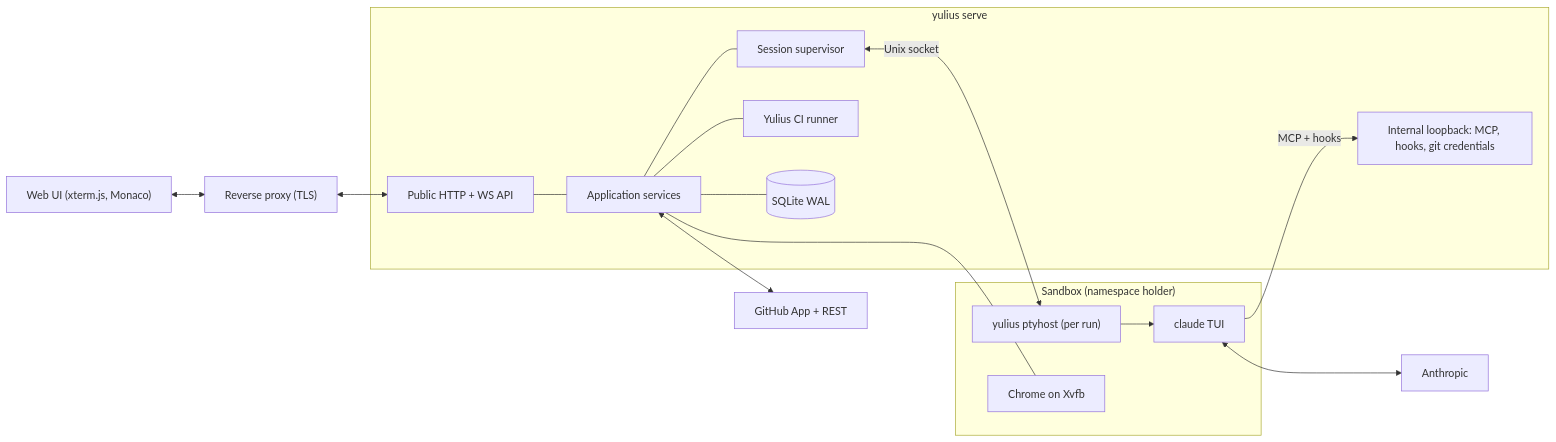
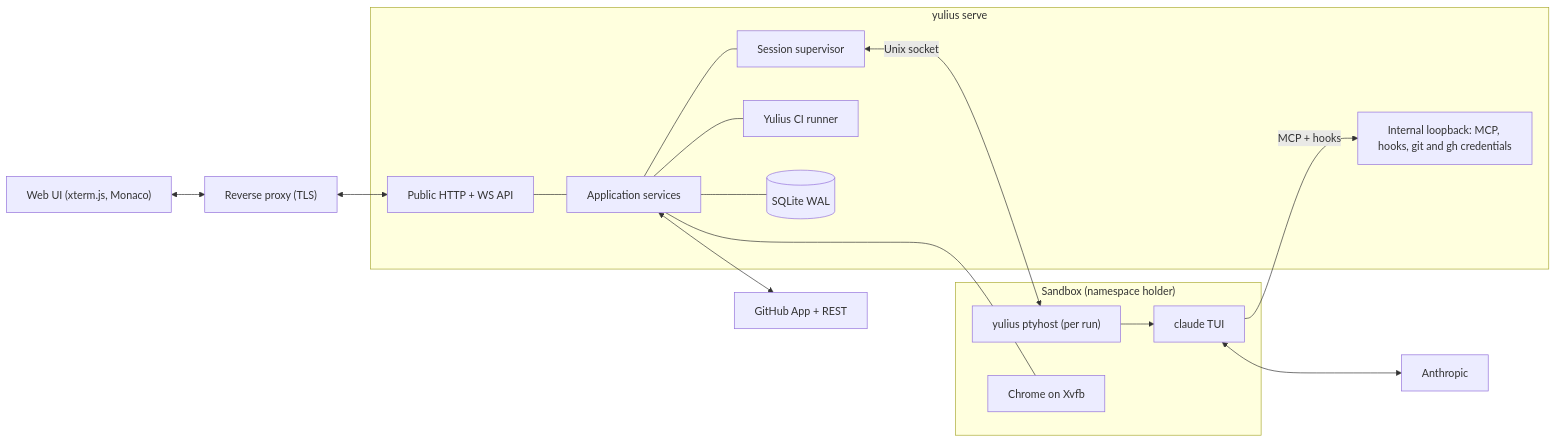
One commit to Quartio-Studio/yulius changed the diagram in docs/architecture.md. Above: the diagram before and after it, drawn with Mermaid. The commit also changed 7 other files, not shown here.

````diff
--- a/docs/architecture.md
+++ b/docs/architecture.md
@@ -9,24 +9,24 @@
 ```mermaid
 flowchart LR
   UI["Web UI (xterm.js, Monaco)"] <--> RP["Reverse proxy (TLS)"] <--> API
   subgraph Server["yulius serve"]
     API["Public HTTP + WS API"]
-    INT["Internal loopback: MCP, hooks, git credentials"]
+    INT["Internal loopback: MCP, hooks, git and gh credentials"]
     APP["Application services"]
     SUP["Session supervisor"]
     CI["Yulius CI runner"]
     DB[("SQLite WAL")]
   end
   API --- APP --- DB
   APP --- SUP
   APP --- CI
   SUP <-->|"Unix socket"| PH["yulius ptyhost (per run)"]
   subgraph SB["Sandbox (namespace holder)"]
     PH --> AG["claude TUI"]
     CH["Chrome on Xvfb"]
   end
   AG -->|"MCP + hooks"| INT
   APP <--> GH["GitHub App + REST"]
   AG <--> AN["Anthropic"]
   APP --- CH
 ```
````
